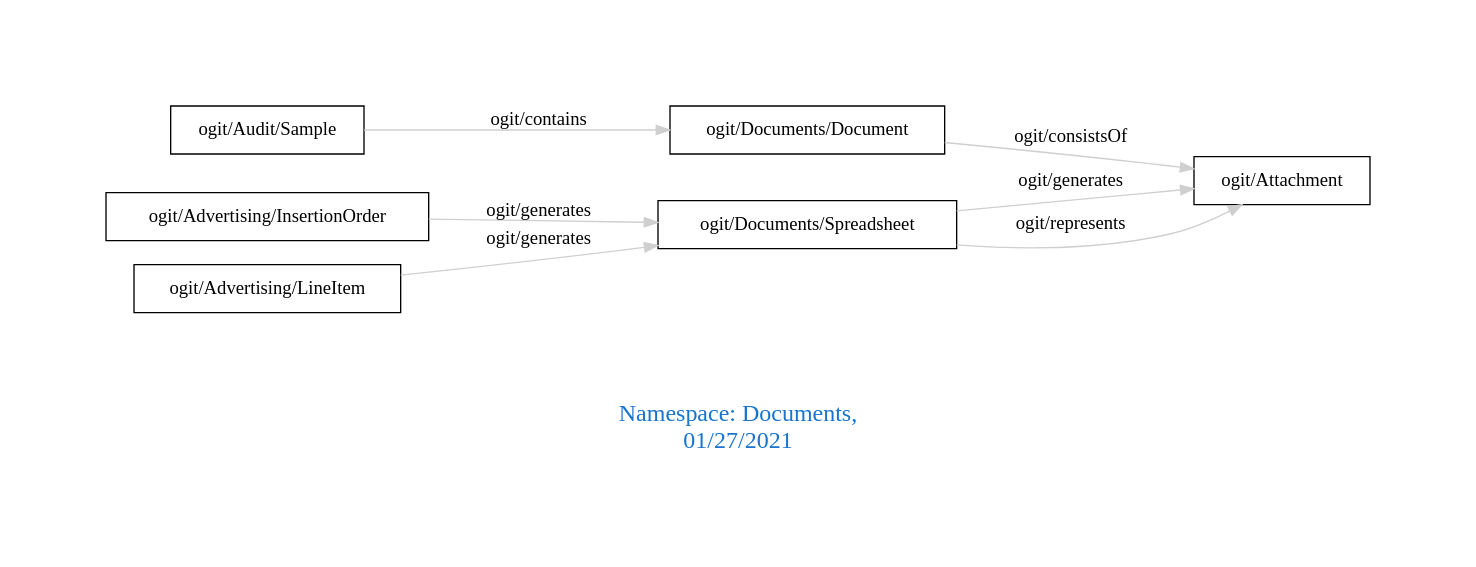
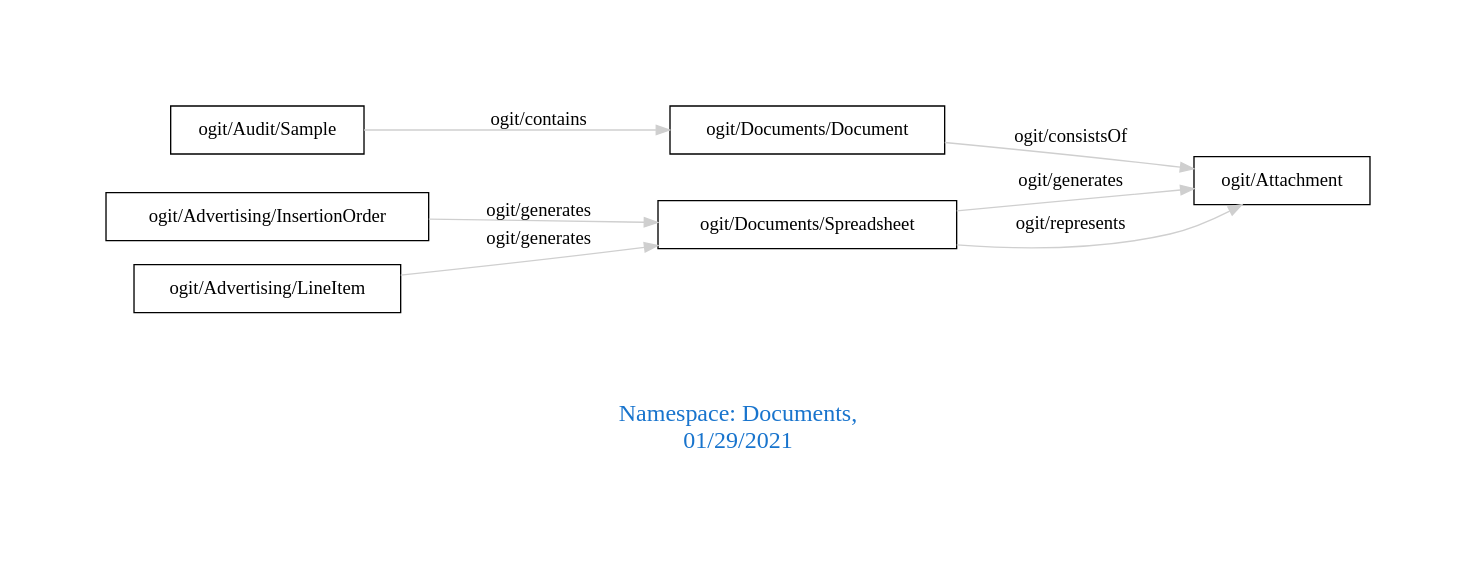
Before and after one commit to arago/OGIT: the diagram in downloads/Documents.dot, drawn with Graphviz. The commit also changed 1838 other files, not shown here.

```diff
--- a/downloads/Documents.dot
+++ b/downloads/Documents.dot
@@ -1,14 +1,14 @@
 digraph OGIT_ontology {
  graph [ rankdir= LR,pad=1 
 fontsize = 18,
-fontcolor= dodgerblue3,label = "\n\n\nNamespace: Documents, \n 01/27/2021"];
+fontcolor= dodgerblue3,label = "\n\n\nNamespace: Documents, \n 01/29/2021"];
 node[shape=polygon];
 edge [  color="gray81"];
 
    "ogit/Audit/Sample" -> "ogit/Documents/Document" [label="   ogit/contains    "];
    "ogit/Advertising/InsertionOrder" -> "ogit/Documents/Spreadsheet" [label="   ogit/generates    "];
    "ogit/Advertising/LineItem" -> "ogit/Documents/Spreadsheet" [label="   ogit/generates    "];
    "ogit/Documents/Spreadsheet" -> "ogit/Attachment" [label="   ogit/generates    "];
    "ogit/Documents/Spreadsheet" -> "ogit/Attachment" [label="   ogit/represents    "];
    "ogit/Documents/Document" -> "ogit/Attachment" [label="   ogit/consistsOf    "];
 }
```
